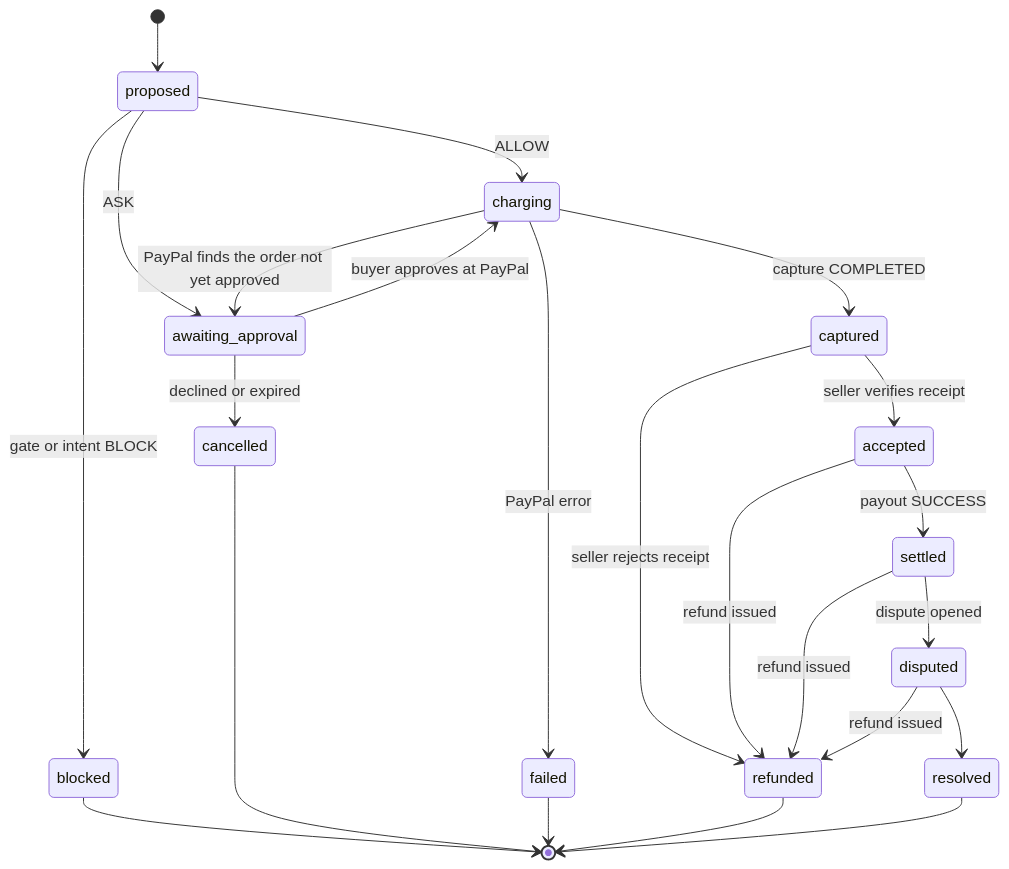
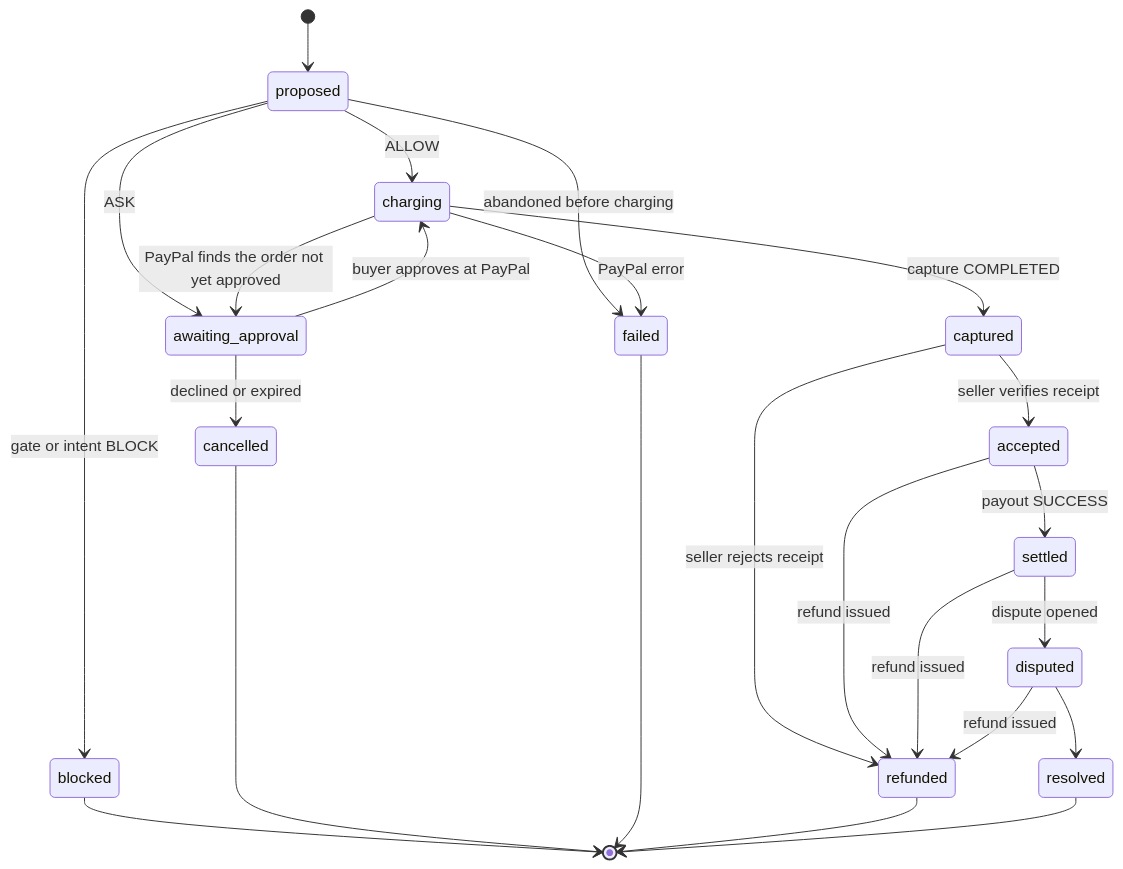
One commit to omsherikar/behest changed the second of 5 diagrams in docs/architecture.md. Above: the diagram before and after it, drawn with Mermaid. The commit also changed 2 other files, not shown here.

Commit message:
Let a purchase abandoned before charging fail straight from proposed

````diff
--- a/docs/architecture.md
+++ b/docs/architecture.md
@@ -144,25 +144,26 @@
 ```mermaid
 stateDiagram-v2
   [*] --> proposed
   proposed --> blocked: gate or intent BLOCK
   proposed --> charging: ALLOW
   proposed --> awaiting_approval: ASK
+  proposed --> failed: abandoned before charging
   awaiting_approval --> charging: buyer approves at PayPal
   awaiting_approval --> cancelled: declined or expired
   charging --> captured: capture COMPLETED
   charging --> failed: PayPal error
   charging --> awaiting_approval: PayPal finds the order not yet approved
   captured --> accepted: seller verifies receipt
   captured --> refunded: seller rejects receipt
   accepted --> settled: payout SUCCESS
   accepted --> refunded: refund issued
   settled --> disputed: dispute opened
   settled --> refunded: refund issued
   disputed --> refunded: refund issued
   disputed --> resolved
   blocked --> [*]
   cancelled --> [*]
   failed --> [*]
   refunded --> [*]
   resolved --> [*]
 ```
````
